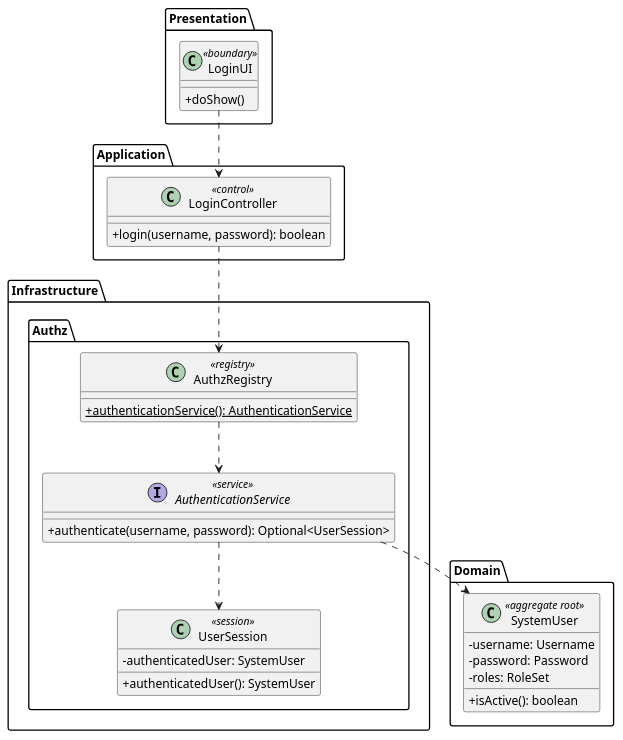
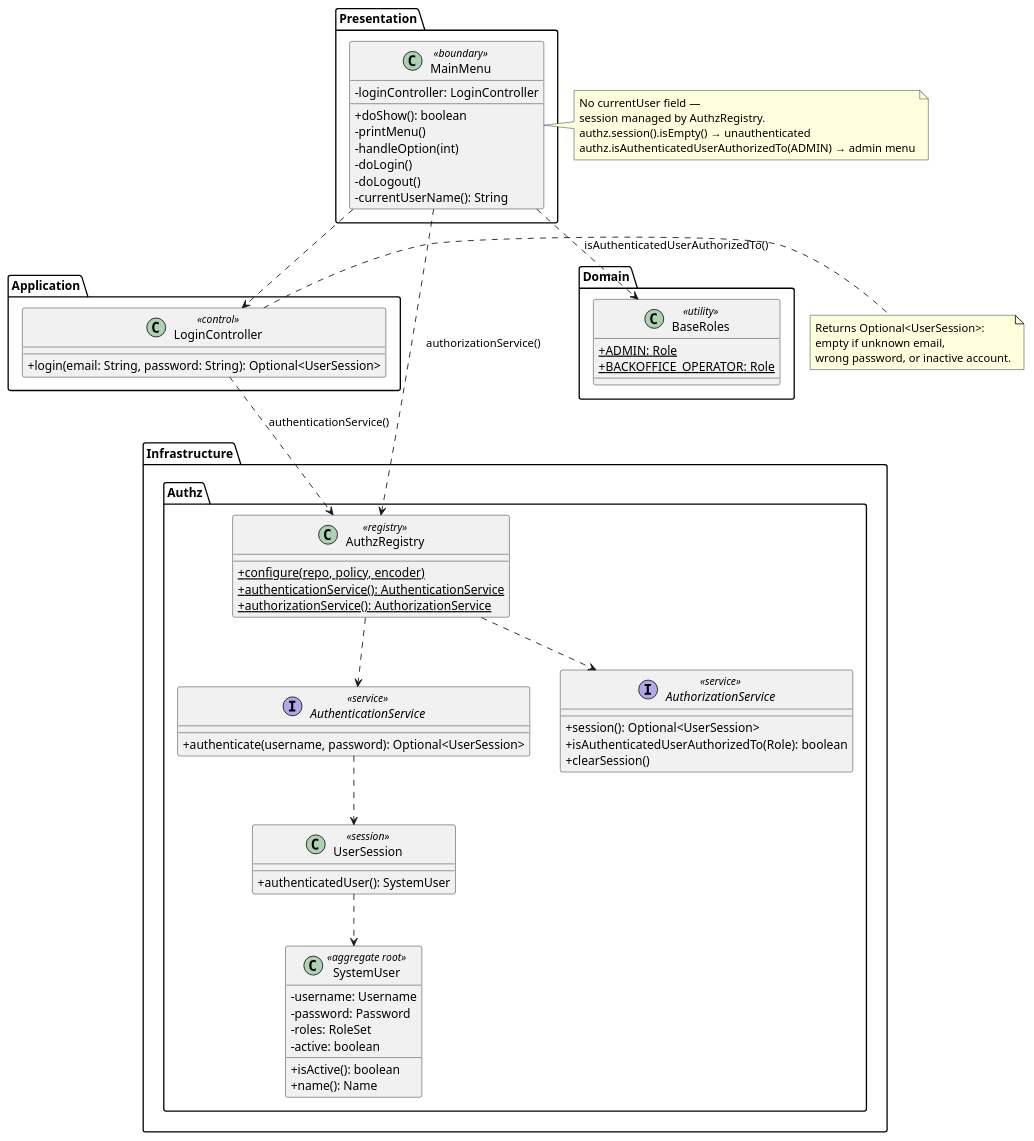
Before and after one commit to DuartePinto1240/sem4pi2526-sem4pi2526_2da2: the diagram in docs/Sprint 2/EAPLI/US030/puml/US030-class-diagram.puml, drawn with PlantUML. The commit also changed 16 other files, not shown here.

```diff
--- a/docs/Sprint 2/EAPLI/US030/puml/US030-class-diagram.puml
+++ b/docs/Sprint 2/EAPLI/US030/puml/US030-class-diagram.puml
@@ -1,43 +1,77 @@
 @startuml
 skinparam classAttributeIconSize 0
 
 package "Presentation" {
-  class LoginUI <<boundary>> {
-    +doShow()
+  class MainMenu <<boundary>> {
+    -loginController: LoginController
+    +doShow(): boolean
+    -printMenu()
+    -handleOption(int)
+    -doLogin()
+    -doLogout()
+    -currentUserName(): String
   }
 }
 
 package "Application" {
   class LoginController <<control>> {
-    +login(username, password): boolean
+    +login(email: String, password: String): Optional<UserSession>
   }
 }
 
 package "Infrastructure.Authz" {
   class AuthzRegistry <<registry>> {
+    {static} +configure(repo, policy, encoder)
     {static} +authenticationService(): AuthenticationService
+    {static} +authorizationService(): AuthorizationService
   }
   interface AuthenticationService <<service>> {
     +authenticate(username, password): Optional<UserSession>
   }
+  interface AuthorizationService <<service>> {
+    +session(): Optional<UserSession>
+    +isAuthenticatedUserAuthorizedTo(Role): boolean
+    +clearSession()
+  }
   class UserSession <<session>> {
-    -authenticatedUser: SystemUser
     +authenticatedUser(): SystemUser
+  }
+  class SystemUser <<aggregate root>> {
+    -username: Username
+    -password: Password
+    -roles: RoleSet
+    -active: boolean
+    +isActive(): boolean
+    +name(): Name
   }
 }
 
 package "Domain" {
-  class SystemUser <<aggregate root>> {
-    -username: Username
-    -password: Password
-    -roles: RoleSet
-    +isActive(): boolean
+  class BaseRoles <<utility>> {
+    {static} +ADMIN: Role
+    {static} +BACKOFFICE_OPERATOR: Role
   }
 }
 
-LoginUI ..> LoginController
-LoginController ..> AuthzRegistry
+MainMenu ..> LoginController
+MainMenu ..> AuthzRegistry : authorizationService()
+LoginController ..> AuthzRegistry : authenticationService()
 AuthzRegistry ..> AuthenticationService
+AuthzRegistry ..> AuthorizationService
 AuthenticationService ..> UserSession
-AuthenticationService ..> SystemUser
+UserSession ..> SystemUser
+MainMenu ..> BaseRoles : isAuthenticatedUserAuthorizedTo()
+
+note right of MainMenu
+  No currentUser field —
+  session managed by AuthzRegistry.
+  authz.session().isEmpty() → unauthenticated
+  authz.isAuthenticatedUserAuthorizedTo(ADMIN) → admin menu
+end note
+
+note right of LoginController
+  Returns Optional<UserSession>:
+  empty if unknown email,
+  wrong password, or inactive account.
+end note
 @enduml
```
